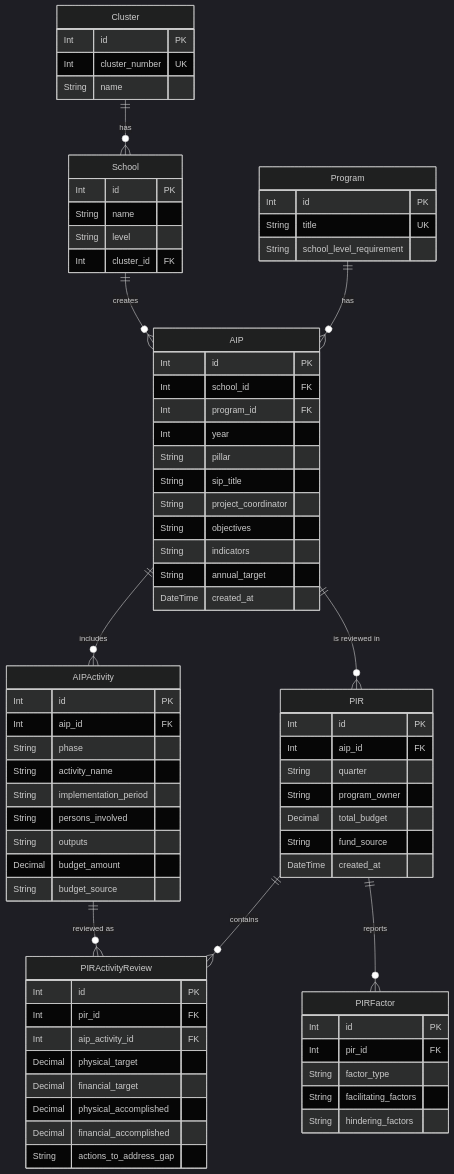
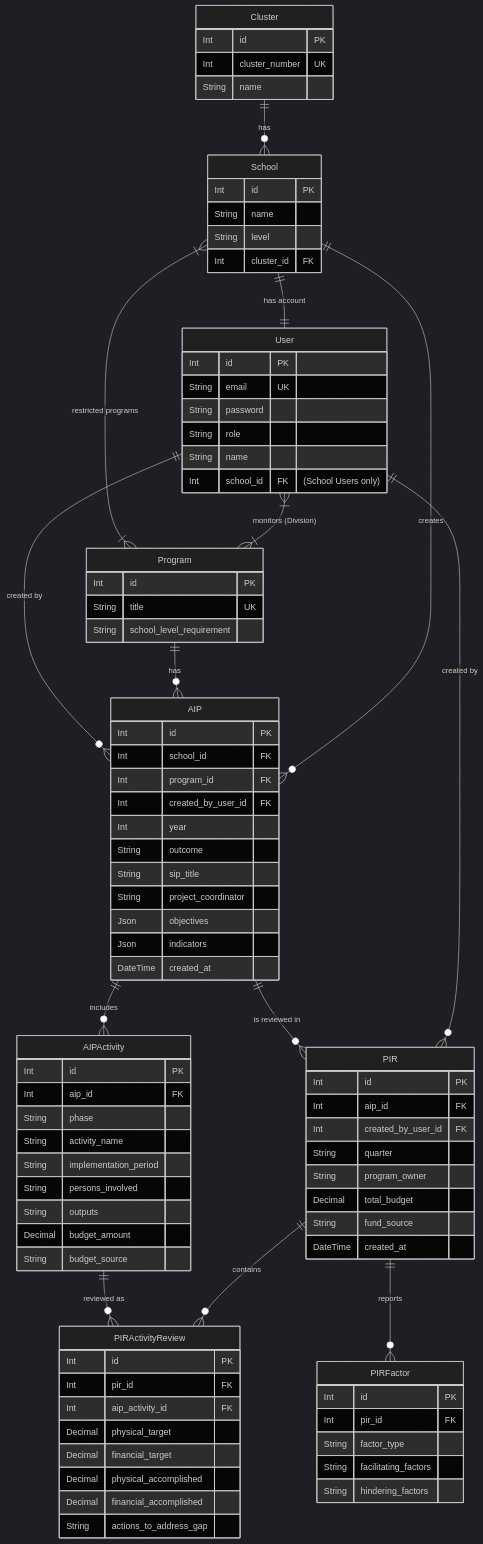
One commit to PASToR1951/QPIR-AIP changed the diagram in DATABASE_SCHEMA.md. Above: the diagram before and after it, drawn with Mermaid (dark theme). The commit also changed other lines of this file and 2 other files, not shown here.

First line of the commit message:
docs: update schema docs, thesis ERD, and TODO for Division Personnel sprint

````diff
--- a/DATABASE_SCHEMA.md
+++ b/DATABASE_SCHEMA.md
@@ -19,8 +19,13 @@
 ```mermaid
 erDiagram
     Cluster ||--o{ School : "has"
+    School ||--|| User : "has account"
     School ||--o{ AIP : "creates"
     Program ||--o{ AIP : "has"
+    User }|--|{ Program : "monitors (Division)"
+    School }|--|{ Program : "restricted programs"
+    User ||--o{ AIP : "created by"
+    User ||--o{ PIR : "created by"
     AIP ||--o{ AIPActivity : "includes"
     AIP ||--o{ PIR : "is reviewed in"
     PIR ||--o{ PIRActivityReview : "contains"
@@ -31,6 +36,14 @@
         Int id PK
         Int cluster_number UK
         String name
+    }
+    User {
+        Int id PK
+        String email UK
+        String password
+        String role
+        String name
+        Int school_id FK "(School Users only)"
     }
     School {
         Int id PK
@@ -47,13 +60,13 @@
         Int id PK
         Int school_id FK
         Int program_id FK
+        Int created_by_user_id FK
         Int year
-        String pillar
+        String outcome
         String sip_title
         String project_coordinator
-        String objectives
-        String indicators
-        String annual_target
+        Json objectives
+        Json indicators
         DateTime created_at
     }
     AIPActivity {
@@ -70,6 +83,7 @@
     PIR {
         Int id PK
         Int aip_id FK
+        Int created_by_user_id FK
         String quarter
         String program_owner
         Decimal total_budget
````
